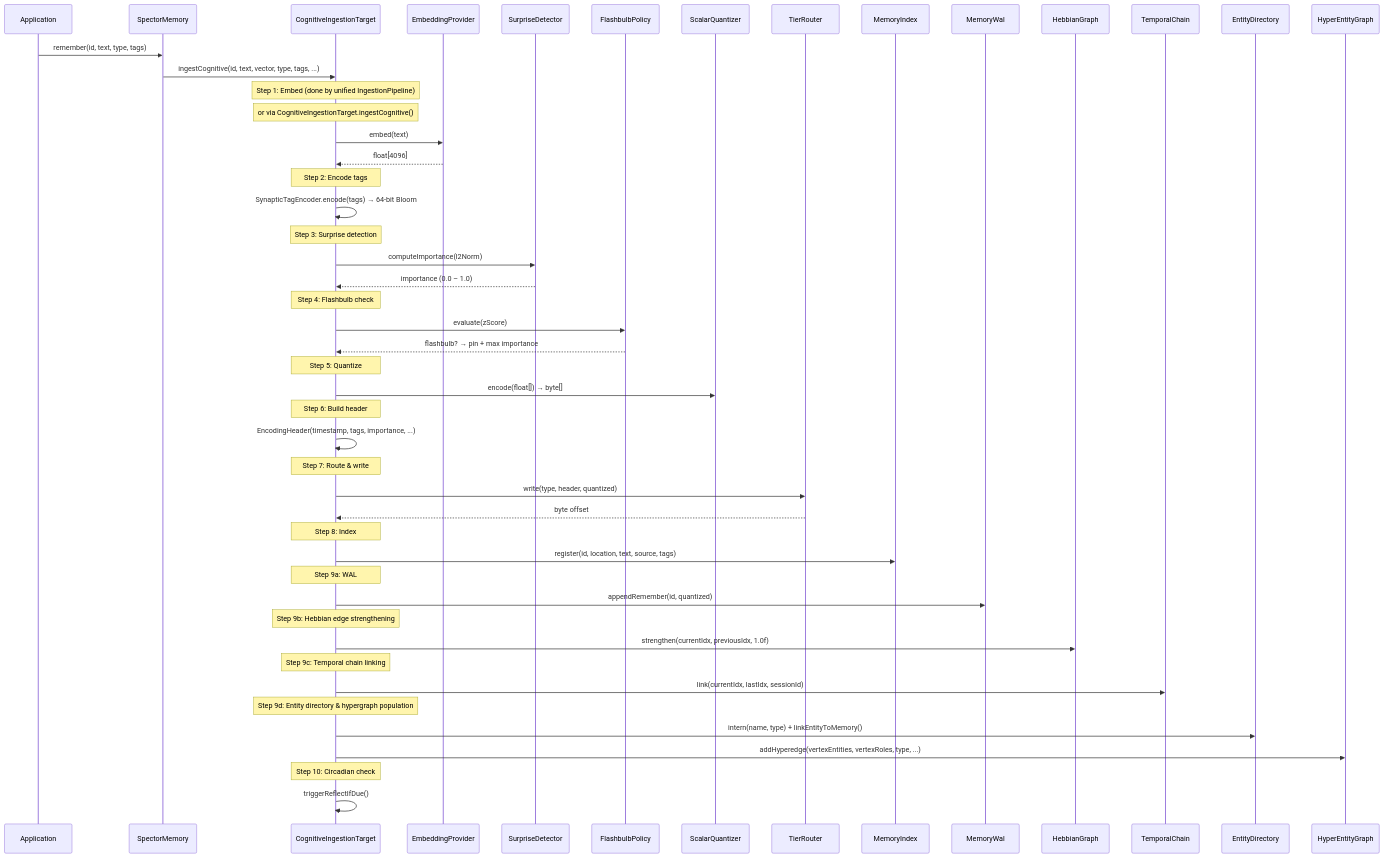
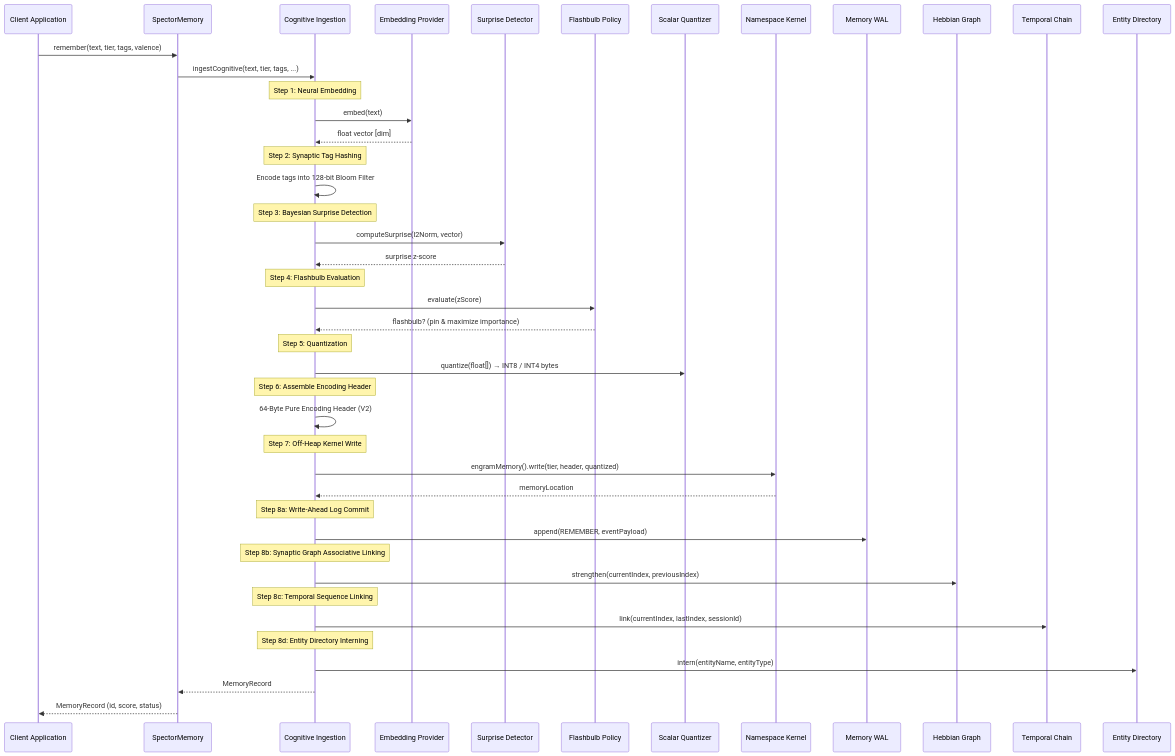
The second of 3 diagrams in docs/docs/memory/architecture.md (spectrayan/spector), drawn with Mermaid before and after one commit. The commit also changed other lines of this file and 15 other files, not shown here.

First line of the commit message:
docs(kernel): overhaul memory kernel documentation and mkdocs navigation (#820)

````diff
--- a/docs/docs/memory/architecture.md
+++ b/docs/docs/memory/architecture.md
@@ -31,65 +63,58 @@
 ```mermaid
 sequenceDiagram
-    participant App as Application
+    participant App as Client Application
     participant SM as SpectorMemory
-    participant CT as CognitiveIngestionTarget
-    participant EP as EmbeddingProvider
-    participant SD as SurpriseDetector
-    participant FP as FlashbulbPolicy
-    participant SQ as ScalarQuantizer
-    participant TR as TierRouter
-    participant MI as MemoryIndex
-    participant WAL as MemoryWal
-    participant HG as HebbianGraph
-    participant TC as TemporalChain
-    participant ED as EntityDirectory
-    participant HEG as HyperEntityGraph
+    participant CT as Cognitive Ingestion
+    participant EP as Embedding Provider
+    participant SD as Surprise Detector
+    participant FP as Flashbulb Policy
+    participant SQ as Scalar Quantizer
+    participant NK as Namespace Kernel
+    participant WAL as Memory WAL
+    participant HG as Hebbian Graph
+    participant TC as Temporal Chain
+    participant ED as Entity Directory
 
-    App->>SM: remember(id, text, type, tags)
-    SM->>CT: ingestCognitive(id, text, vector, type, tags, ...)
+    App->>SM: remember(text, tier, tags, valence)
+    SM->>CT: ingestCognitive(text, tier, tags, ...)
     
-    Note over CT: Step 1: Embed (done by unified IngestionPipeline)
-    Note over CT: or via CognitiveIngestionTarget.ingestCognitive()
+    Note over CT: Step 1: Neural Embedding
     CT->>EP: embed(text)
-    EP-->>CT: float[4096]
+    EP-->>CT: float vector [dim]
     
-    Note over CT: Step 2: Encode tags
-    CT->>CT: SynapticTagEncoder.encode(tags) → 64-bit Bloom
+    Note over CT: Step 2: Synaptic Tag Hashing
+    CT->>CT: Encode tags into 128-bit Bloom Filter
     
-    Note over CT: Step 3: Surprise detection
-    CT->>SD: computeImportance(l2Norm)
-    SD-->>CT: importance (0.0 – 1.0)
+    Note over CT: Step 3: Bayesian Surprise Detection
+    CT->>SD: computeSurprise(l2Norm, vector)
+    SD-->>CT: surprise z-score
     
-    Note over CT: Step 4: Flashbulb check
+    Note over CT: Step 4: Flashbulb Evaluation
     CT->>FP: evaluate(zScore)
-    FP-->>CT: flashbulb? → pin + max importance
+    FP-->>CT: flashbulb? (pin & maximize importance)
     
-    Note over CT: Step 5: Quantize
-    CT->>SQ: encode(float[]) → byte[]
+    Note over CT: Step 5: Quantization
+    CT->>SQ: quantize(float[]) → INT8 / INT4 bytes
     
-    Note over CT: Step 6: Build header
-    CT->>CT: EncodingHeader(timestamp, tags, importance, ...)
+    Note over CT: Step 6: Assemble Encoding Header
+    CT->>CT: 64-Byte Pure Encoding Header (V2)
     
-    Note over CT: Step 7: Route & write
-    CT->>TR: write(type, header, quantized)
-    TR-->>CT: byte offset
+    Note over CT: Step 7: Off-Heap Kernel Write
+    CT->>NK: engramMemory().write(tier, header, quantized)
+    NK-->>CT: memoryLocation
     
-    Note over CT: Step 8: Index
-    CT->>MI: register(id, location, text, source, tags)
+    Note over CT: Step 8a: Write-Ahead Log Commit
+    CT->>WAL: append(REMEMBER, eventPayload)
     
-    Note over CT: Step 9a: WAL
-    CT->>WAL: appendRemember(id, quantized)
+    Note over CT: Step 8b: Synaptic Graph Associative Linking
+    CT->>HG: strengthen(currentIndex, previousIndex)
     
-    Note over CT: Step 9b: Hebbian edge strengthening
-    CT->>HG: strengthen(currentIdx, previousIdx, 1.0f)
+    Note over CT: Step 8c: Temporal Sequence Linking
+    CT->>TC: link(currentIndex, lastIndex, sessionId)
     
-    Note over CT: Step 9c: Temporal chain linking
-    CT->>TC: link(currentIdx, lastIdx, sessionId)
+    Note over CT: Step 8d: Entity Directory Interning
+    CT->>ED: intern(entityName, entityType)
     
-    Note over CT: Step 9d: Entity directory & hypergraph population
-    CT->>ED: intern(name, type) + linkEntityToMemory()
-    CT->>HEG: addHyperedge(vertexEntities, vertexRoles, type, ...)
-    
-    Note over CT: Step 10: Circadian check
-    CT->>CT: triggerReflectIfDue()
+    CT-->>SM: MemoryRecord
+    SM-->>App: MemoryRecord (id, score, status)
 ```
````
